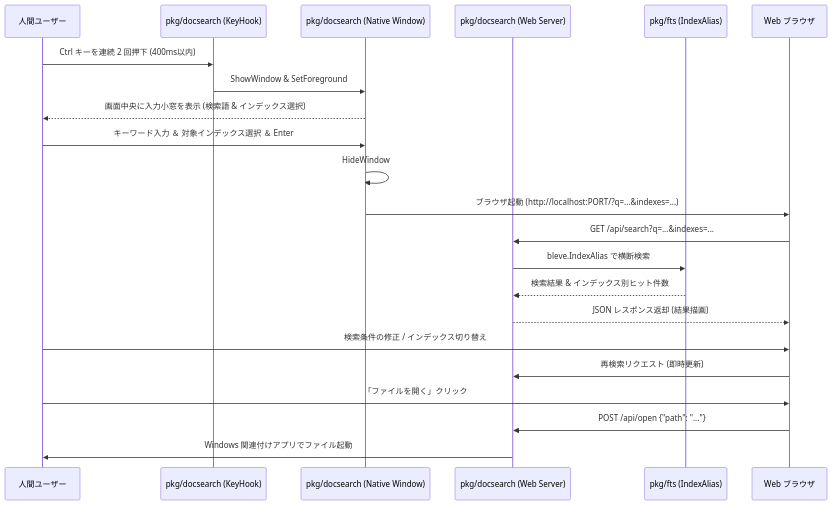
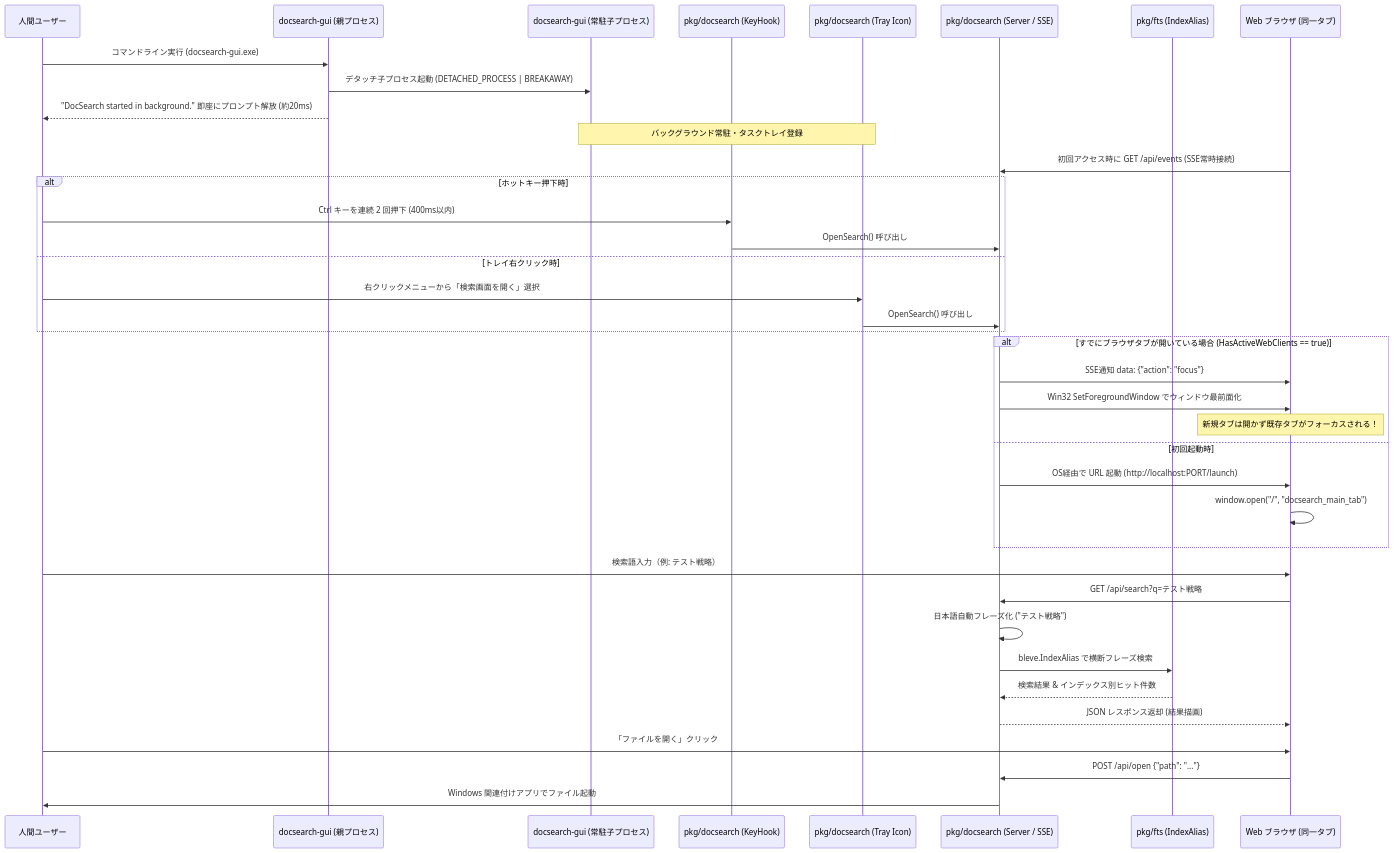
One commit to snaga/doctools-cli changed the third of 5 diagrams in doc/design.md. Above: the diagram before and after it, drawn with Mermaid. The commit also changed other lines of this file and 26 other files, not shown here.

First line of the commit message:
feat(docsearch-gui): implement tray resident, same-tab focus, auto-phrase query, and background detach

````diff
--- a/doc/design.md
+++ b/doc/design.md
@@ -340,25 +351,45 @@
 ```mermaid
 sequenceDiagram
     participant User as 人間ユーザー
+    participant Parent as docsearch-gui (親プロセス)
+    participant Child as docsearch-gui (常駐子プロセス)
     participant Hook as pkg/docsearch (KeyHook)
-    participant Win as pkg/docsearch (Native Window)
-    participant Srv as pkg/docsearch (Web Server)
+    participant Tray as pkg/docsearch (Tray Icon)
+    participant Srv as pkg/docsearch (Server / SSE)
     participant FTS as pkg/fts (IndexAlias)
-    participant Browser as Web ブラウザ
+    participant Browser as Web ブラウザ (同一タブ)
     
-    User->>Hook: Ctrl キーを連続 2 回押下 (400ms以内)
-    Hook->>Win: ShowWindow & SetForeground
-    Win-->>User: 画面中央に入力小窓を表示 (検索語 & インデックス選択)
-    User->>Win: キーワード入力 ＆ 対象インデックス選択 ＆ Enter
-    Win->>Win: HideWindow
-    Win->>Browser: ブラウザ起動 (http://localhost:PORT/?q=...&indexes=...)
-    Browser->>Srv: GET /api/search?q=...&indexes=...
-    Srv->>FTS: bleve.IndexAlias で横断検索
+    User->>Parent: コマンドライン実行 (docsearch-gui.exe)
+    Parent->>Child: デタッチ子プロセス起動 (DETACHED_PROCESS | BREAKAWAY)
+    Parent-->>User: "DocSearch started in background." 即座にプロンプト解放 (約20ms)
+    
+    Note over Child,Tray: バックグラウンド常駐・タスクトレイ登録
+    Browser->>Srv: 初回アクセス時に GET /api/events (SSE常時接続)
+    
+    alt ホットキー押下時
+        User->>Hook: Ctrl キーを連続 2 回押下 (400ms以内)
+        Hook->>Srv: OpenSearch() 呼び出し
+    else トレイ右クリック時
+        User->>Tray: 右クリックメニューから「検索画面を開く」選択
+        Tray->>Srv: OpenSearch() 呼び出し
+    end
+
+    alt すでにブラウザタブが開いている場合 (HasActiveWebClients == true)
+        Srv->>Browser: SSE通知 data: {"action": "focus"}
+        Srv->>Browser: Win32 SetForegroundWindow でウィンドウ最前面化
+        Note over Browser: 新規タブは開かず既存タブがフォーカスされる！
+    else 初回起動時
+        Srv->>Browser: OS経由で URL 起動 (http://localhost:PORT/launch)
+        Browser->>Browser: window.open("/", "docsearch_main_tab")
+    end
+
+    User->>Browser: 検索語入力（例: テスト戦略）
+    Browser->>Srv: GET /api/search?q=テスト戦略
+    Srv->>Srv: 日本語自動フレーズ化 ("テスト戦略")
+    Srv->>FTS: bleve.IndexAlias で横断フレーズ検索
     FTS-->>Srv: 検索結果 & インデックス別ヒット件数
     Srv-->>Browser: JSON レスポンス返却 (結果描画)
-    User->>Browser: 検索条件の修正 / インデックス切り替え
-    Browser->>Srv: 再検索リクエスト (即時更新)
     User->>Browser: 「ファイルを開く」クリック
     Browser->>Srv: POST /api/open {"path": "..."}
     Srv->>User: Windows 関連付けアプリでファイル起動
 ```
````
